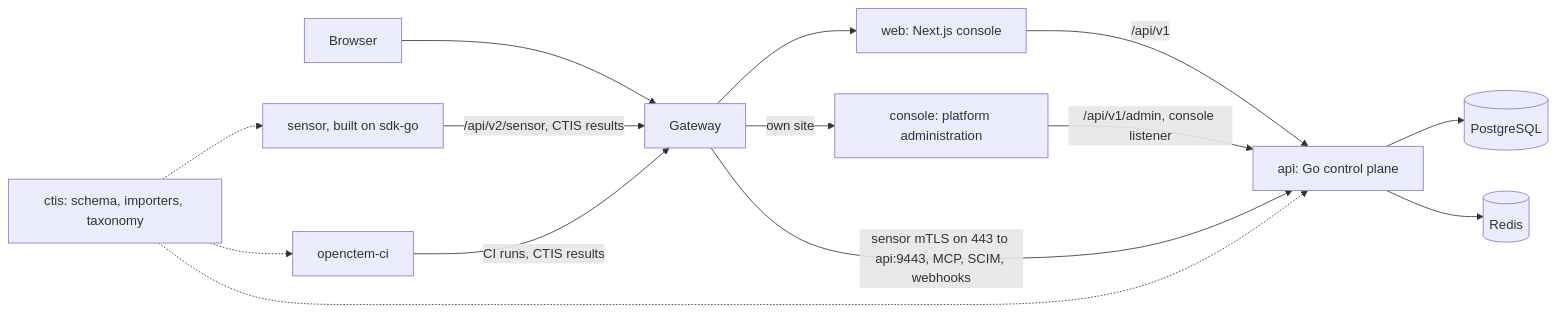
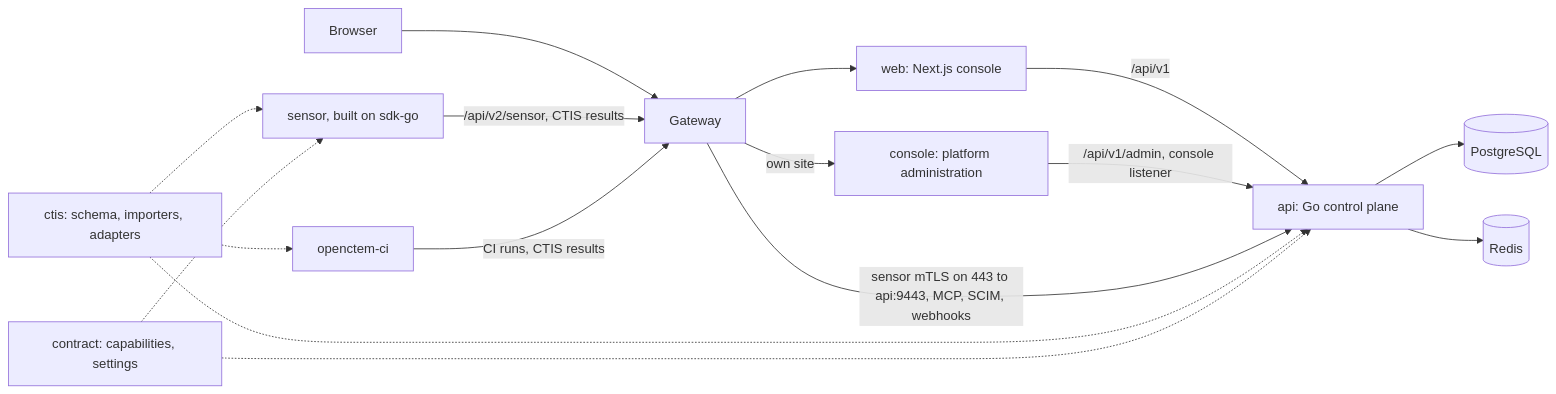
The diagram in developers/repository-layout.md (openctemio/docs), drawn with Mermaid before and after one commit. The commit also changed other lines of this file and 16 other files, not shown here.

````diff
--- a/developers/repository-layout.md
+++ b/developers/repository-layout.md
@@ -31,16 +32,18 @@
 ```mermaid
 flowchart LR
   browser[Browser] --> gw[Gateway]
   gw --> web[web: Next.js console]
   gw -->|own site| pconsole[console: platform administration]
   web -->|/api/v1| api[api: Go control plane]
   pconsole -->|/api/v1/admin, console listener| api
   gw -->|sensor mTLS on 443 to api:9443, MCP, SCIM, webhooks| api
   api --> pg[(PostgreSQL)]
   api --> redis[(Redis)]
   sensor[sensor, built on sdk-go] -->|/api/v2/sensor, CTIS results| gw
   ci[openctem-ci] -->|CI runs, CTIS results| gw
-  ctis[ctis: schema, importers, taxonomy] -.-> api
+  ctis[ctis: schema, importers, adapters] -.-> api
   ctis -.-> sensor
   ctis -.-> ci
+  contract[contract: capabilities, settings] -.-> api
+  contract -.-> sensor
 ```
````
